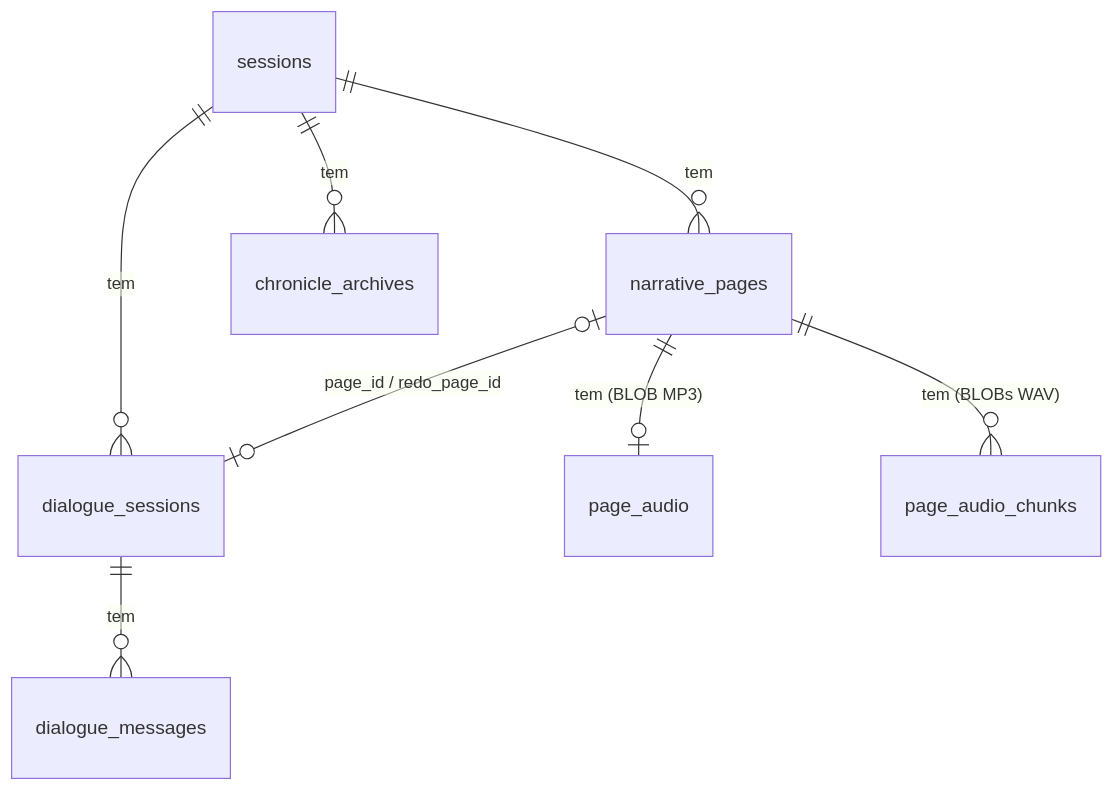
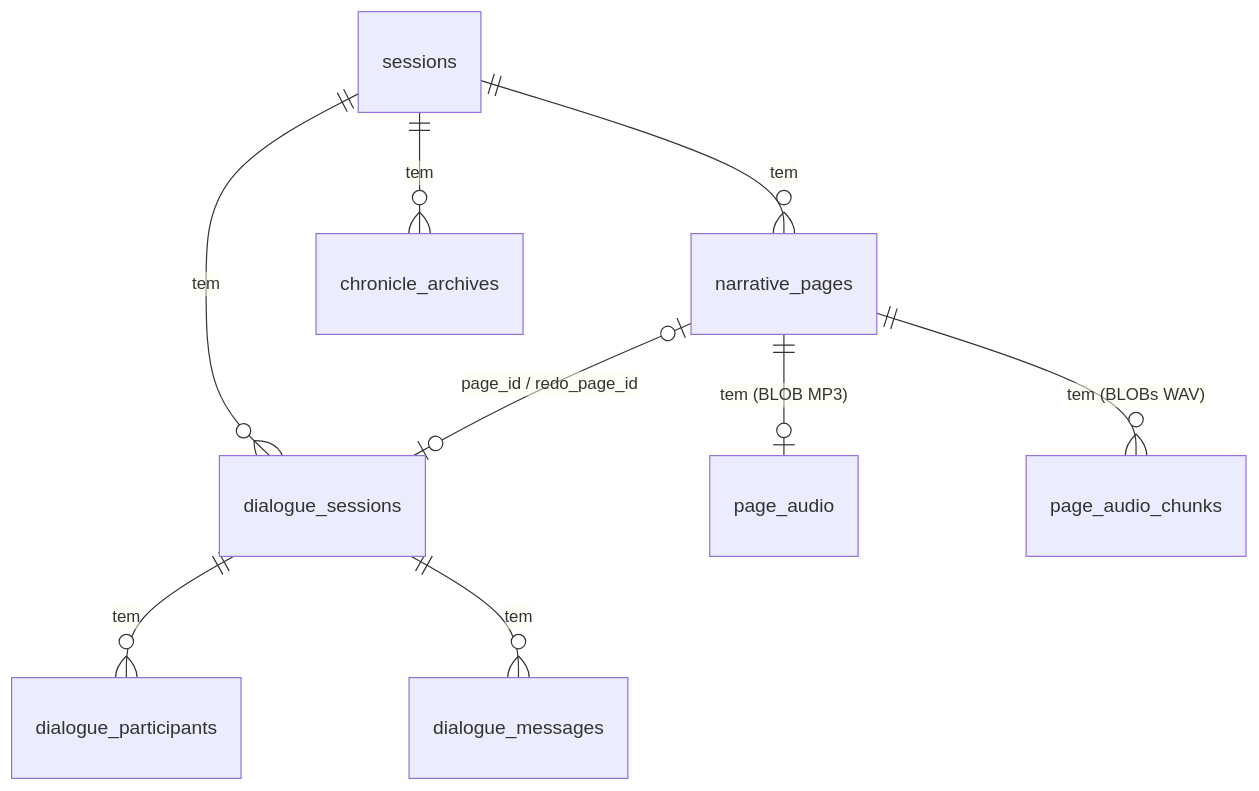
The diagram in docs/modelo-de-dados.md (alghostzx/Chronicler-Engine), drawn with Mermaid before and after one commit. The commit also changed other lines of this file and 22 other files, not shown here.

Commit message:
feat(dialogue): suporte multi-NPC em turnos sequenciais e edição autoral do cérebro (schema v8)

````diff
--- a/docs/modelo-de-dados.md
+++ b/docs/modelo-de-dados.md
@@ -7,10 +7,11 @@
 ```mermaid
 erDiagram
   sessions ||--o{ narrative_pages : tem
   sessions ||--o{ chronicle_archives : tem
   sessions ||--o{ dialogue_sessions : tem
   narrative_pages ||--o| page_audio : "tem (BLOB MP3)"
   narrative_pages ||--o{ page_audio_chunks : "tem (BLOBs WAV)"
+  dialogue_sessions ||--o{ dialogue_participants : tem
   dialogue_sessions ||--o{ dialogue_messages : tem
   narrative_pages |o--o| dialogue_sessions : "page_id / redo_page_id"
 ```
````
